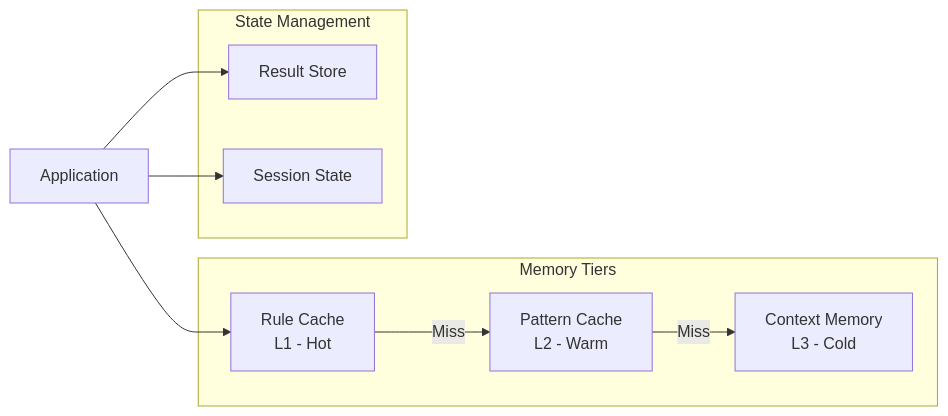
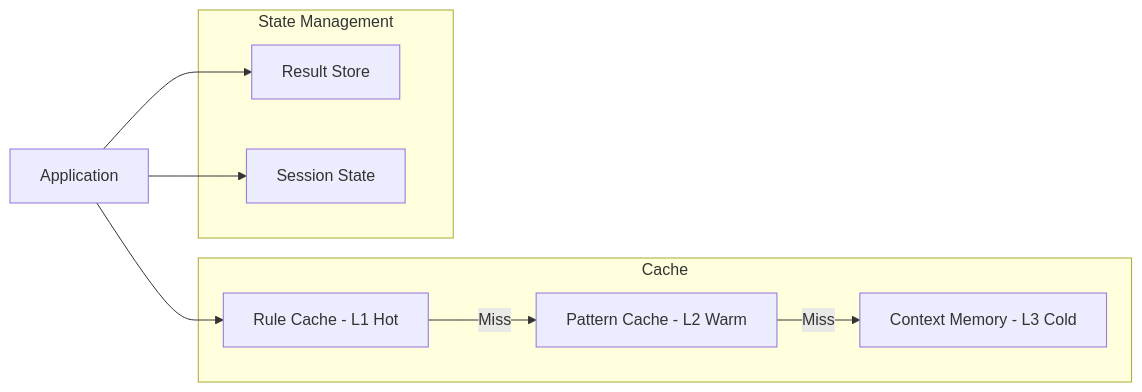
Before and after one commit to LifeJiggy/Rules-Emerging-Pattern: diagram 15 of 18 in README.md, drawn with Mermaid. The commit also changed other lines of this file, not shown here.

Commit message:
Fix Mermaid diagrams for GitHub rendering - remove theme directives, emoji, subgraph titles, and br tags

````diff
--- a/README.md
+++ b/README.md
@@ -382,17 +381,17 @@
 ```mermaid
 flowchart LR
-    subgraph Cache["Memory Tiers"]
-        RC["Rule Cache<br/>L1 - Hot"]
-        PM["Pattern Cache<br/>L2 - Warm"]
-        CM["Context Memory<br/>L3 - Cold"]
+    subgraph Cache
+        RC["Rule Cache - L1 Hot"]
+        PM["Pattern Cache - L2 Warm"]
+        CM["Context Memory - L3 Cold"]
     end
     subgraph State["State Management"]
         RS["Result Store"]
         SS["Session State"]
     end
     App["Application"] --> RC
     RC -->|Miss| PM
     PM -->|Miss| CM
     App --> RS
     App --> SS
 ```
````
